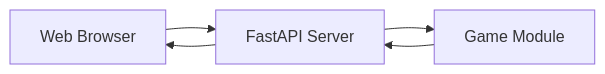
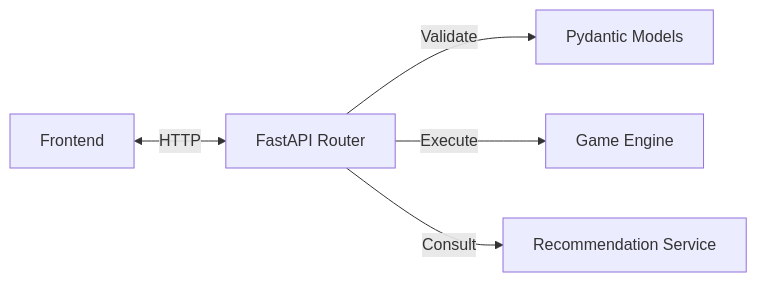
One commit to muhammad-khair/khair-2048 changed the first of 3 diagrams in backend/SCHEMATICS.md. Above: the diagram before and after it, drawn with Mermaid. The commit also changed other lines of this file and 43 other files, not shown here.

````diff
--- a/backend/SCHEMATICS.md
+++ b/backend/SCHEMATICS.md
@@ -47,7 +29,7 @@
 ```mermaid
 graph LR
-    User[Web Browser] --> API[FastAPI Server]
-    API --> Logic[Game Module]
-    Logic --> API
-    API --> User
+    Client[Frontend] <-->|HTTP| API[FastAPI Router]
+    API -->|Validate| Models[Pydantic Models]
+    API -->|Execute| Game[Game Engine]
+    API -->|Consult| Recs[Recommendation Service]
 ```
````
